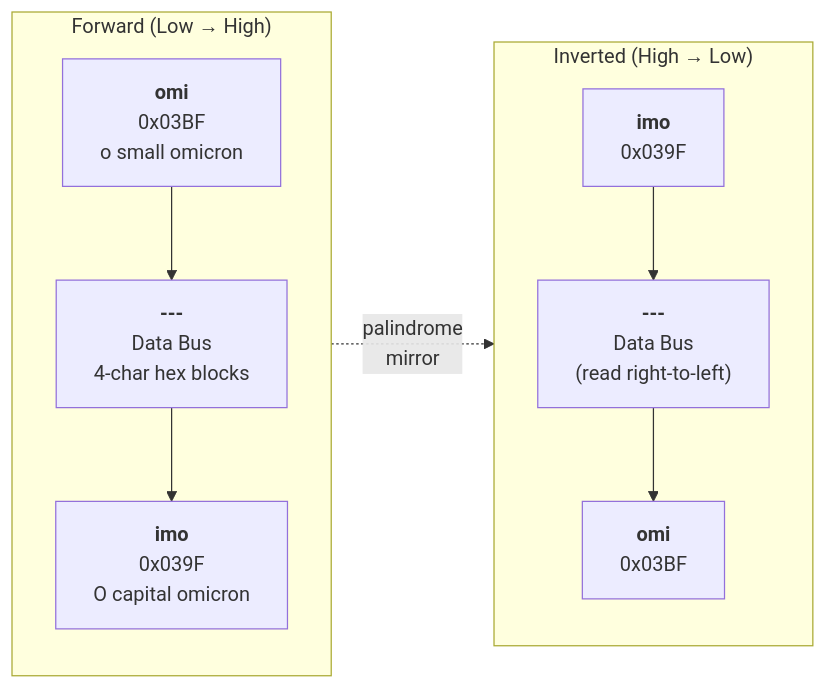
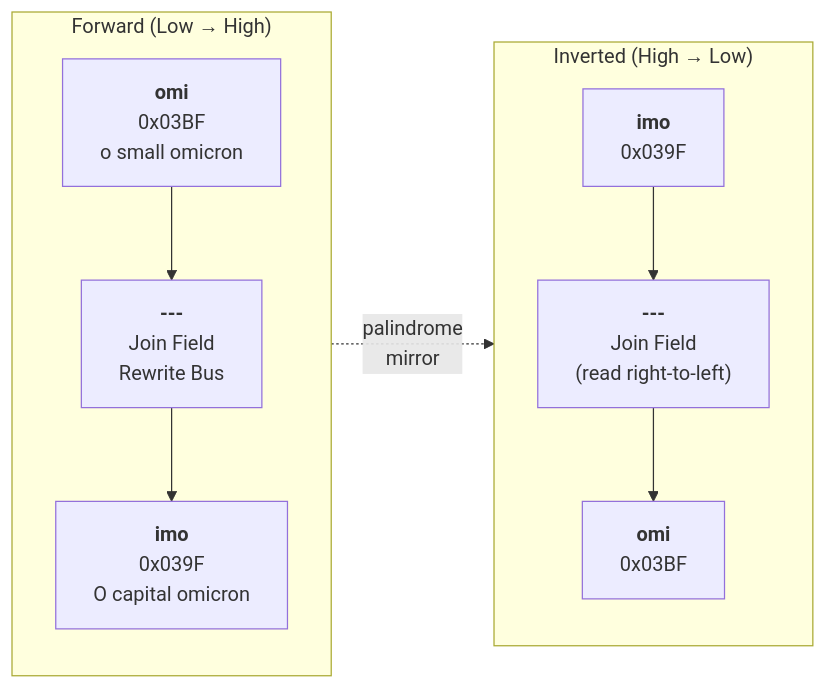
The diagram in 1_FOUNDATIONS/1.1_THE_PALINDROME.md (bthornemail/o---o), drawn with Mermaid before and after one commit. The commit also changed other lines of this file and 13 other files, not shown here.

````diff
--- a/1_FOUNDATIONS/1.1_THE_PALINDROME.md
+++ b/1_FOUNDATIONS/1.1_THE_PALINDROME.md
@@ -3,14 +5,14 @@
 ```mermaid
 flowchart LR
     subgraph Forward["Forward (Low → High)"]
-        A1["<b>omi</b><br/>0x03BF<br/>ο small omicron"] --> B1["<b>---</b><br/>Data Bus<br/>4-char hex blocks"]
+        A1["<b>omi</b><br/>0x03BF<br/>ο small omicron"] --> B1["<b>---</b><br/>Join Field<br/>Rewrite Bus"]
         B1 --> C1["<b>imo</b><br/>0x039F<br/>Ο capital omicron"]
     end
 
     subgraph Inverted["Inverted (High → Low)"]
-        C2["<b>imo</b><br/>0x039F"] --> B2["<b>---</b><br/>Data Bus<br/>(read right-to-left)"]
+        C2["<b>imo</b><br/>0x039F"] --> B2["<b>---</b><br/>Join Field<br/>(read right-to-left)"]
         B2 --> A2["<b>omi</b><br/>0x03BF"]
     end
 
     Forward -.->|"palindrome<br/>mirror"| Inverted
 ```
````
